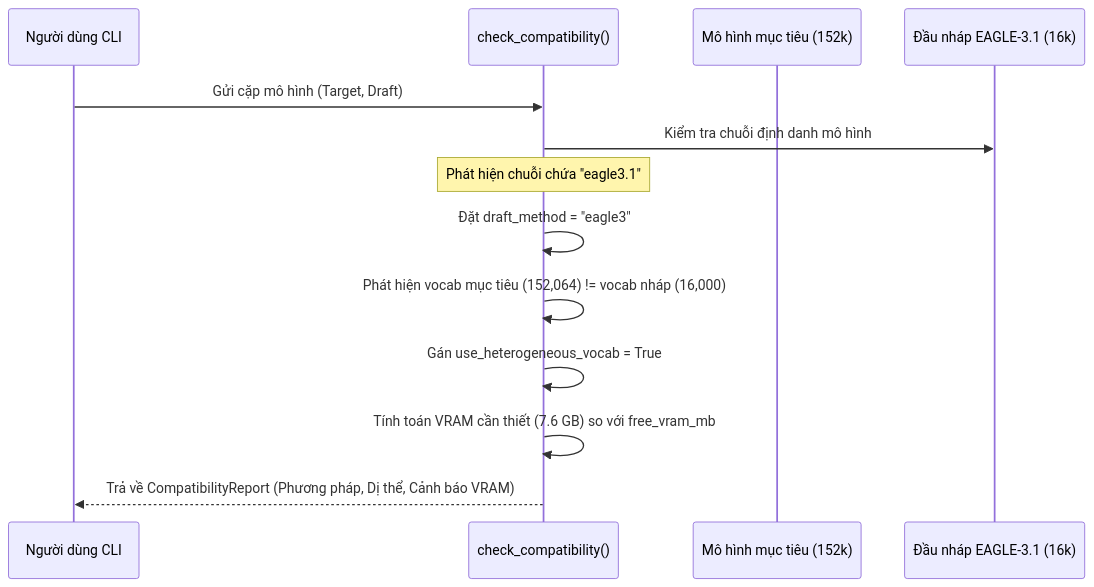
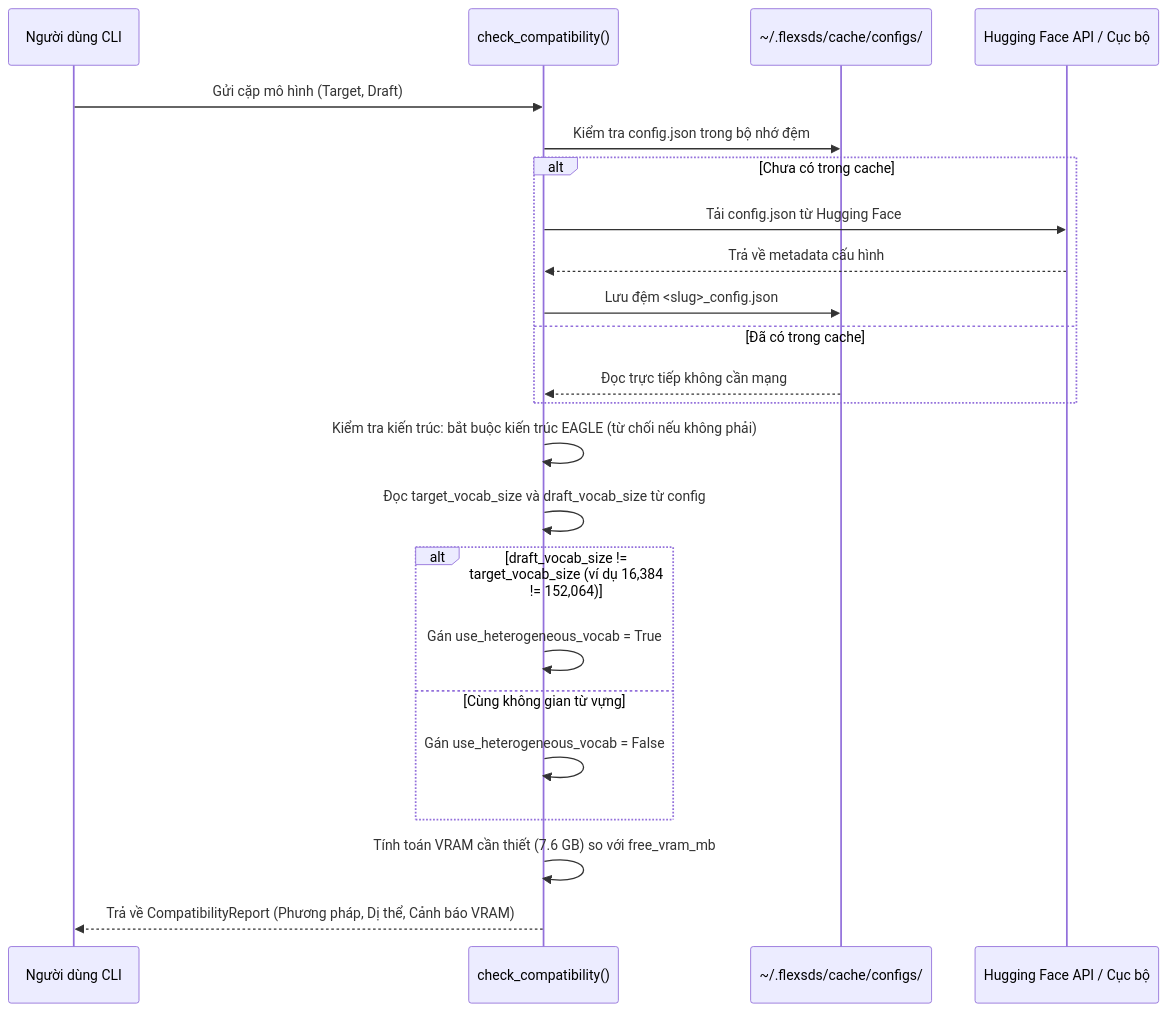
Before and after one commit to theflyingkhui04/do-an-ptit-d22: the fourth of 6 diagrams in logs/Khoi/spec&plan/flexsds_cli_system_design_document.md, drawn with Mermaid. The commit also changed other lines of this file and 8 other files, not shown here.

````diff
--- a/logs/Khoi/spec&plan/flexsds_cli_system_design_document.md
+++ b/logs/Khoi/spec&plan/flexsds_cli_system_design_document.md
@@ -207,16 +224,26 @@
 ```mermaid
 sequenceDiagram
     participant User as Người dùng CLI
     participant Guard as check_compatibility()
-    participant Target as Mô hình mục tiêu (152k)
-    participant Draft as Đầu nháp EAGLE-3.1 (16k)
+    participant Cache as ~/.flexsds/cache/configs/
+    participant HF as Hugging Face API / Cục bộ
 
     User->>Guard: Gửi cặp mô hình (Target, Draft)
-    Guard->>Draft: Kiểm tra chuỗi định danh mô hình
-    Note over Guard: Phát hiện chuỗi chứa "eagle3.1"
-    Guard->>Guard: Đặt draft_method = "eagle3"
-    Guard->>Guard: Phát hiện vocab mục tiêu (152,064) != vocab nháp (16,000)
-    Guard->>Guard: Gán use_heterogeneous_vocab = True
+    Guard->>Cache: Kiểm tra config.json trong bộ nhớ đệm
+    alt Chưa có trong cache
+        Guard->>HF: Tải config.json từ Hugging Face
+        HF-->>Guard: Trả về metadata cấu hình
+        Guard->>Cache: Lưu đệm <slug>_config.json
+    else Đã có trong cache
+        Cache-->>Guard: Đọc trực tiếp không cần mạng
+    end
+    Guard->>Guard: Kiểm tra kiến trúc: bắt buộc kiến trúc EAGLE (từ chối nếu không phải)
+    Guard->>Guard: Đọc target_vocab_size và draft_vocab_size từ config
+    alt draft_vocab_size != target_vocab_size (ví dụ 16,384 != 152,064)
+        Guard->>Guard: Gán use_heterogeneous_vocab = True
+    else Cùng không gian từ vựng
+        Guard->>Guard: Gán use_heterogeneous_vocab = False
+    end
     Guard->>Guard: Tính toán VRAM cần thiết (7.6 GB) so với free_vram_mb
     Guard-->>User: Trả về CompatibilityReport (Phương pháp, Dị thể, Cảnh báo VRAM)
 ```
````
